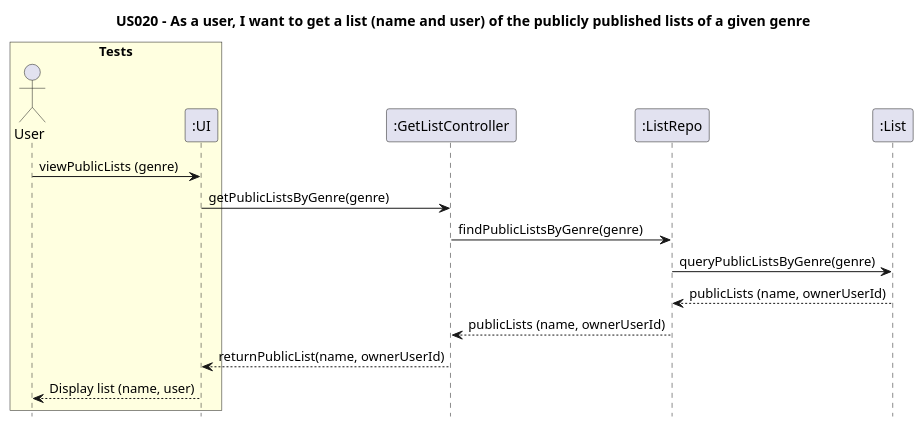
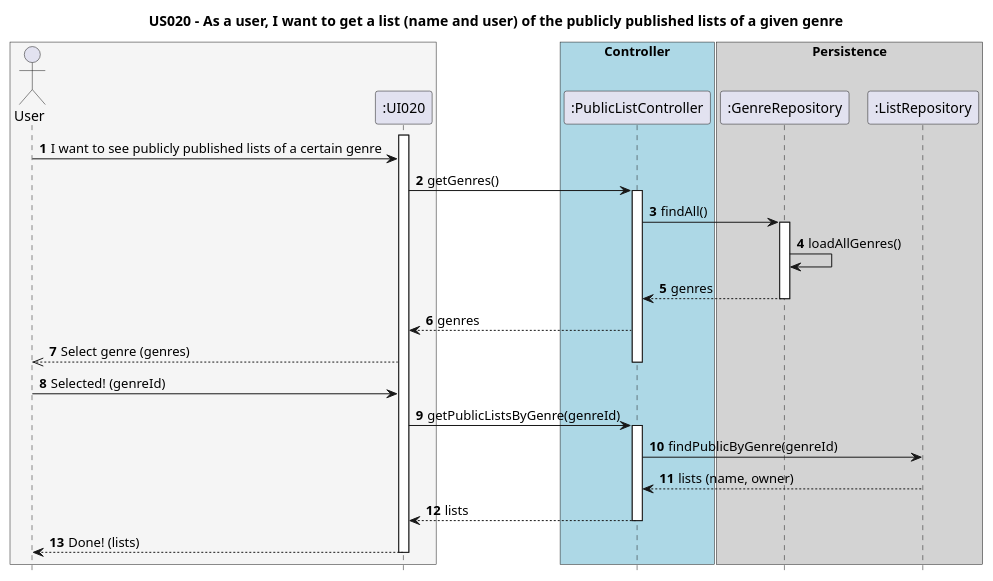
The diagram in Diagrams/SequenceDiagrams/N2/US020-to-get-a-list-of-published-lists-of-a-genre.puml (AndrePereiraGitH/SWitCH-Project-Team_A), drawn with PlantUML before and after one commit. The commit also changed 5 other files, not shown here.

Commit message:
Updates for #41 and #42, updated all diagrams

```diff
--- a/Diagrams/SequenceDiagrams/N2/US020-to-get-a-list-of-published-lists-of-a-genre.puml
+++ b/Diagrams/SequenceDiagrams/N2/US020-to-get-a-list-of-published-lists-of-a-genre.puml
@@ -1,28 +1,56 @@
 @startuml
-'https://plantuml.com/sequence-diagram
 
 hide footbox
+autonumber
 
 title US020 - As a user, I want to get a list (name and user) of the publicly published lists of a given genre
 
-box "Tests" #LightYellow
+box #WhiteSmoke
 actor User
-participant ":UI" as UI
-endbox
+participant ":UI020" as UI
+end box
 
-participant ":GetListController" as GetListController
-participant ":ListRepo" as ListRepo
-participant ":List" as List
+box "Controller" #LightBlue
+participant ":PublicListController" as PublicListController
+end box
 
-User -> UI : viewPublicLists (genre)
-UI -> GetListController : getPublicListsByGenre(genre)
+box "Persistence" #LightGrey
+participant ":GenreRepository" as GenreRepository
+participant ":ListRepository" as ListRepository
+end box
 
-GetListController -> ListRepo : findPublicListsByGenre(genre)
-ListRepo -> List : queryPublicListsByGenre(genre)
+' Human contact between User and UI
+activate UI
+User -> UI : I want to see publicly published lists of a certain genre
 
-List --> ListRepo : publicLists (name, ownerUserId)
-ListRepo --> GetListController : publicLists (name, ownerUserId)
+' Get genres from the system
+UI -> PublicListController : getGenres()
+activate PublicListController
 
-GetListController --> UI : returnPublicList(name, ownerUserId)
-UI --> User : Display list (name, user)
+PublicListController -> GenreRepository : findAll()
+activate GenreRepository
+GenreRepository -> GenreRepository : loadAllGenres()
+GenreRepository --> PublicListController : genres
+deactivate GenreRepository
+
+PublicListController --> UI : genres
+UI -->> User : Select genre (genres)
+deactivate PublicListController
+
+' User selects a genre
+User -> UI : Selected! (genreId)
+
+' Fetch public lists for genre
+UI -> PublicListController : getPublicListsByGenre(genreId)
+activate PublicListController
+
+PublicListController -> ListRepository : findPublicByGenre(genreId)
+ListRepository --> PublicListController : lists (name, owner)
+
+PublicListController --> UI : lists
+deactivate PublicListController
+
+UI --> User : Done! (lists)
+deactivate UI
+
 @enduml
```
